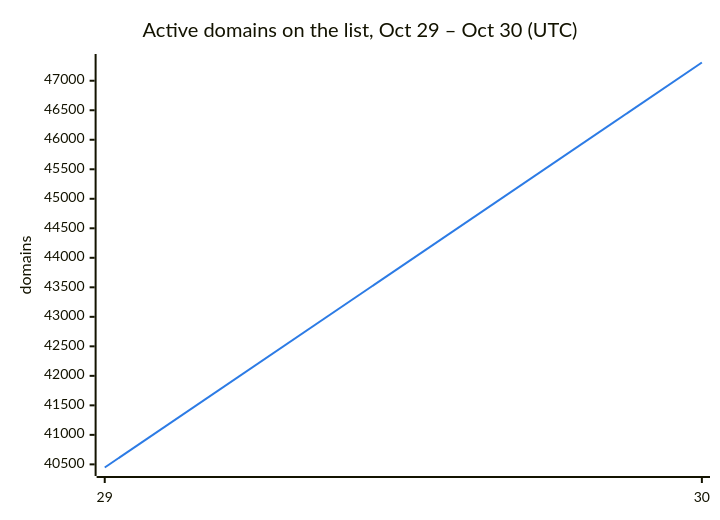
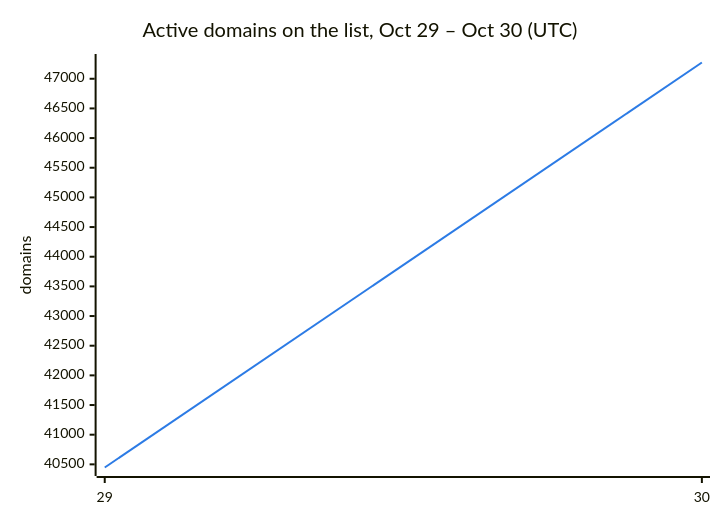
Before and after one commit to DNSBunker/CTI: the second of 3 diagrams in README.md, drawn with Mermaid. The commit also changed other lines of this file and 3 other files, not shown here.

````diff
--- a/README.md
+++ b/README.md
@@ -38,8 +38,8 @@
 ```mermaid
 %%{init: {"themeVariables": {"xyChart": {"plotColorPalette": "#2c7be5"}}}}%%
 xychart-beta
     title "Active domains on the list, Oct 29 – Oct 30 (UTC)"
     x-axis ["29", "30"]
     y-axis "domains"
-    line [40447, 47309]
+    line [40447, 47274]
 ```
````
